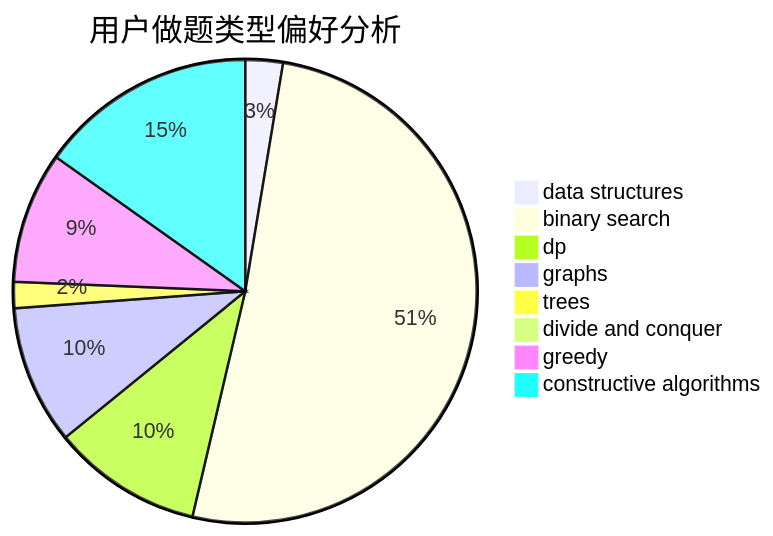
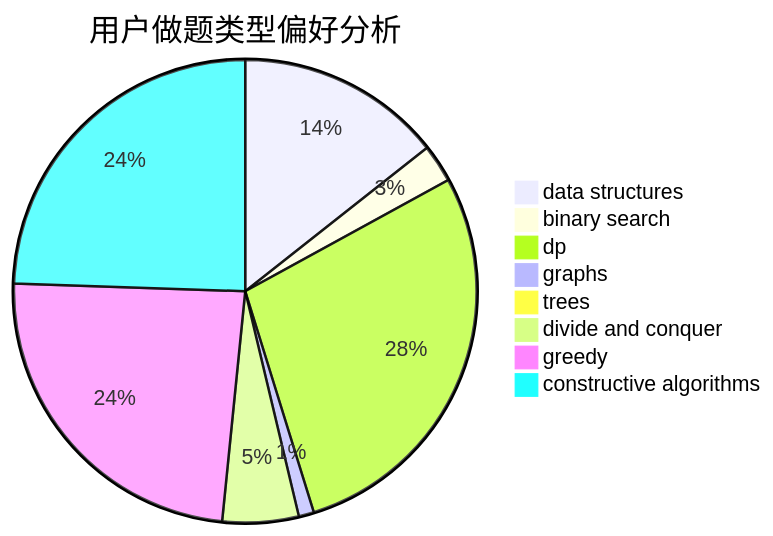
One commit to sherpahu/cfrs.github.io changed the second of 3 diagrams in docs/user/u2032.md. Above: the diagram before and after it, drawn with Mermaid. The commit also changed other lines of this file and 2770 other files, not shown here.

````diff
--- a/docs/user/u2032.md
+++ b/docs/user/u2032.md
@@ -23,11 +23,11 @@
 ```mermaid
 pie title 用户做题类型偏好分析
-    "data structures" :  10
-    "binary search" :  195
-    "dp" :  40
-    "graphs" :  37
-    "trees" :  7
-    "divide and conquer" :  0
-    "greedy" :  35
-    "constructive algorithms" :  58
+    "data structures" :  27
+    "binary search" :  5
+    "dp" :  53
+    "graphs" :  2
+    "trees" :  0
+    "divide and conquer" :  10
+    "greedy" :  45
+    "constructive algorithms" :  46
 ```
````
